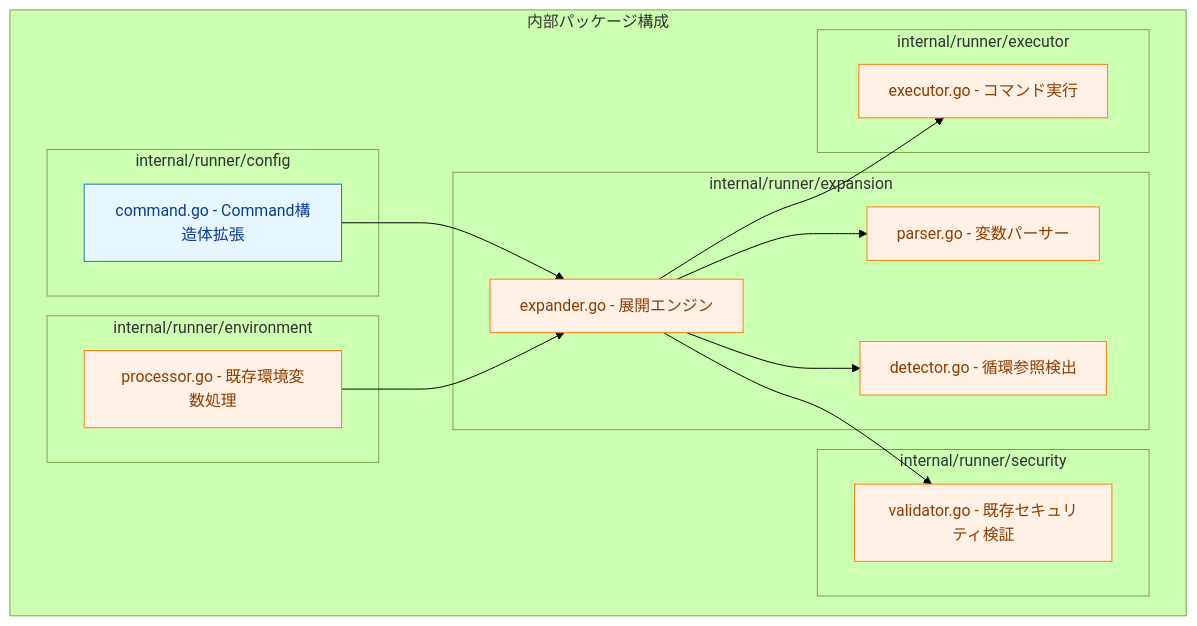
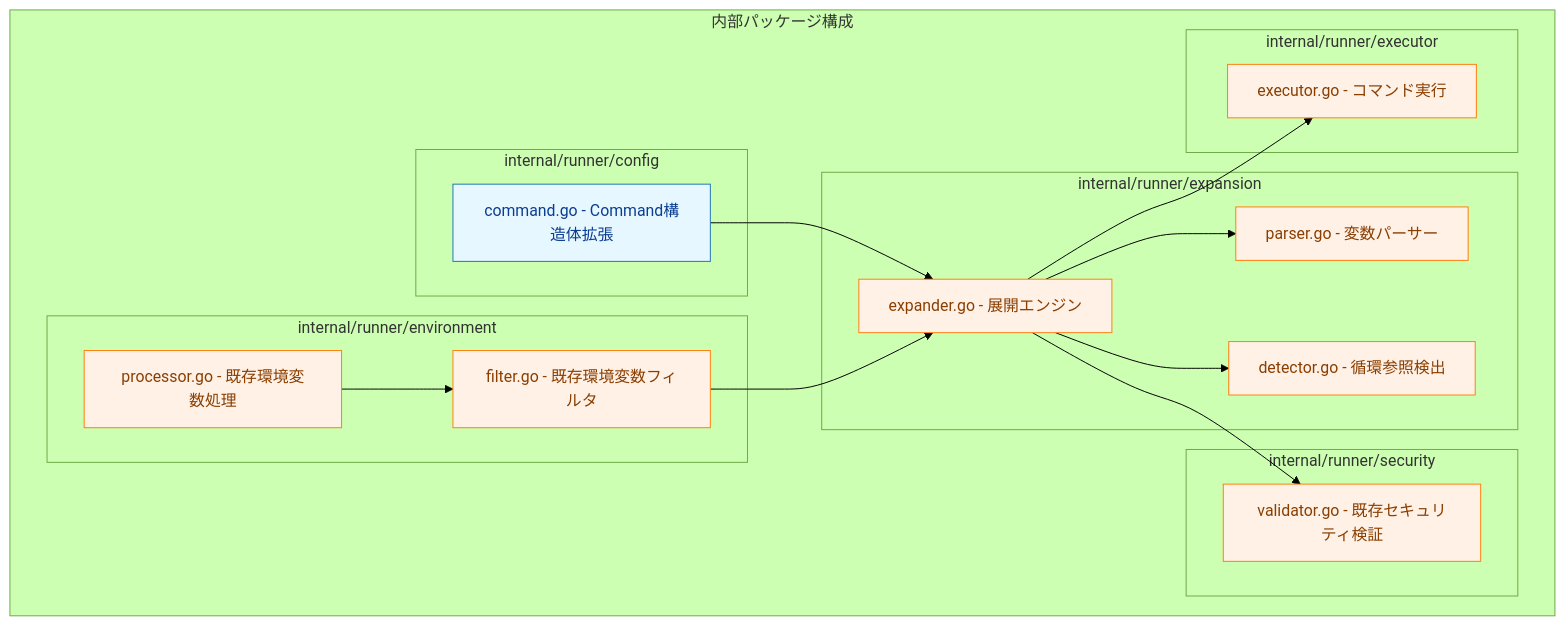
The third of 7 diagrams in docs/tasks/0026_variable_expansion/02_architecture.md (isseis/go-safe-cmd-runner), drawn with Mermaid (forest theme) before and after one commit. The commit also changed other lines of this file, not shown here.

First line of the commit message:
Improve environment variable processing architecture and diagrams

````diff
--- a/docs/tasks/0026_variable_expansion/02_architecture.md
+++ b/docs/tasks/0026_variable_expansion/02_architecture.md
@@ -78,42 +80,44 @@
 ```mermaid
 %% Component graph with data/process coloring
 graph TB
     classDef data fill:#e6f7ff,stroke:#1f77b4,stroke-width:1px,color:#0b3d91;
     classDef process fill:#fff1e6,stroke:#ff7f0e,stroke-width:1px,color:#8a3e00;
 
     subgraph "内部パッケージ構成"
         subgraph "internal/runner/expansion"
             A[expander.go - 展開エンジン]
             B[parser.go - 変数パーサー]
             D[detector.go - 循環参照検出]
         end
 
         subgraph "internal/runner/config"
             E[command.go - Command構造体拡張]
         end
 
         subgraph "internal/runner/environment"
             F[processor.go - 既存環境変数処理]
+            L[filter.go - 既存環境変数フィルタ]
         end
 
         subgraph "internal/runner/security"
             C[validator.go - 既存セキュリティ検証]
         end
 
         subgraph "internal/runner/executor"
             G[executor.go - コマンド実行]
         end
     end
 
     A --> B
     A --> C
     A --> D
     E --> A
-    F --> A
+    F --> L
+    L --> A
     A --> G
 
     %% Assign classes: treat files that are primarily data as data, others as process
     class E data;
-    class A,B,D,F,C,G process;
+    class A,B,D,F,L,C,G process;
 
 ```
````
